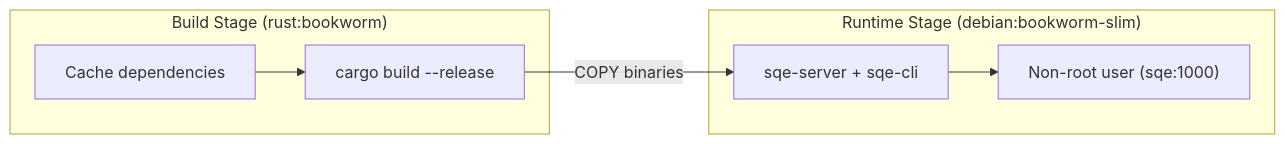
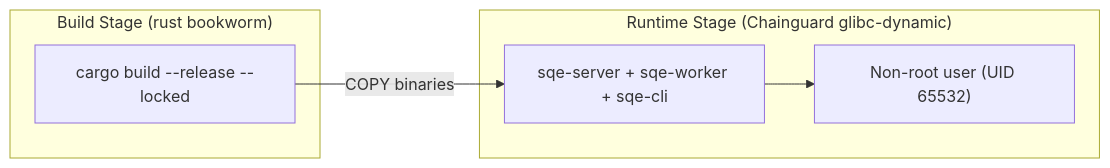
The diagram in src/getting-started/building.md (getsqe/docs), drawn with Mermaid before and after one commit. The commit also changed other lines of this file and 46 other files, not shown here.

````diff
--- a/src/getting-started/building.md
+++ b/src/getting-started/building.md
@@ -74,10 +74,10 @@
 ```mermaid
 graph LR
-    subgraph "Build Stage (rust:bookworm)"
-        DEPS["Cache dependencies"] --> BUILD["cargo build --release"]
+    subgraph "Build Stage (rust bookworm)"
+        BUILD["cargo build --release --locked"]
     end
-    subgraph "Runtime Stage (debian:bookworm-slim)"
-        BIN["sqe-server + sqe-cli"] --> RUN["Non-root user (sqe:1000)"]
+    subgraph "Runtime Stage (Chainguard glibc-dynamic)"
+        BIN["sqe-server + sqe-worker + sqe-cli"] --> RUN["Non-root user (UID 65532)"]
     end
     BUILD -->|COPY binaries| BIN
 ```
````
